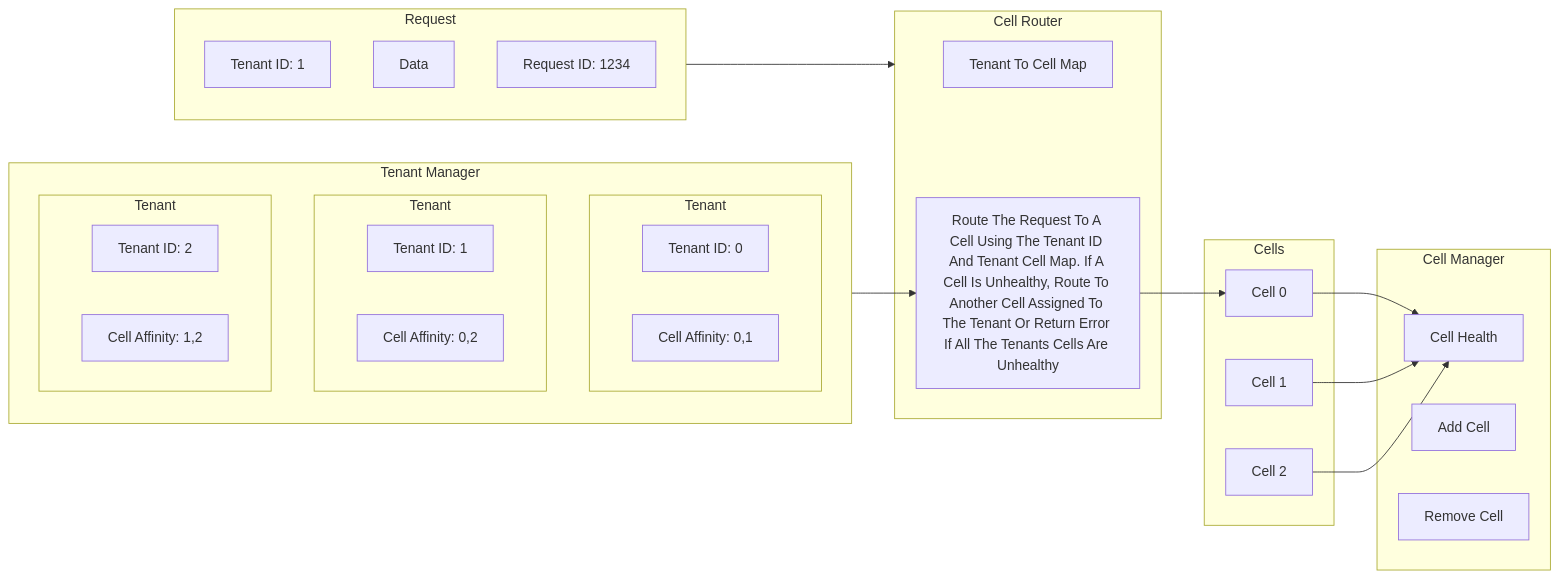
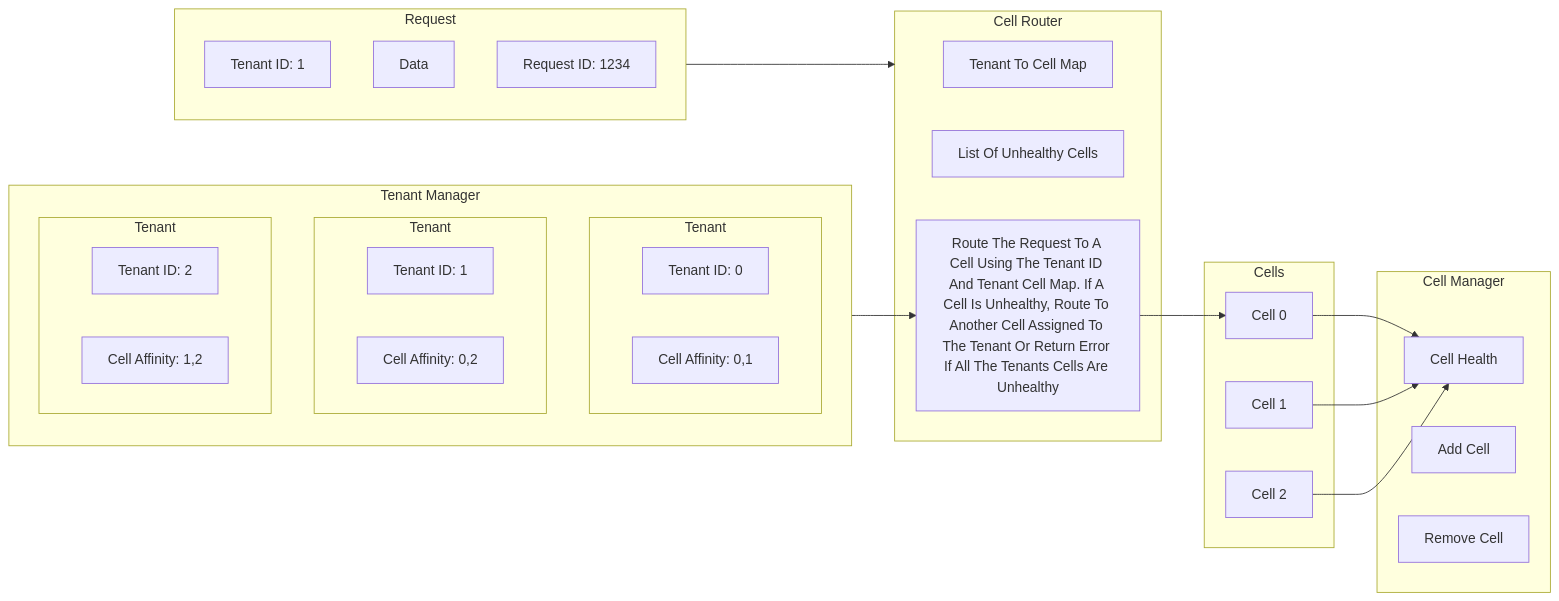
The diagram in README.md (FoodyFood/virtual-cell-based-architecture), drawn with Mermaid before and after one commit.

Commit message:
doc: add unhealthy cell list to router

````diff
--- a/README.md
+++ b/README.md
@@ -35,50 +35,51 @@
 ```mermaid
 graph LR;
     subgraph Cells;
         Cell0[Cell 0]
         Cell1[Cell 1]
         Cell2[Cell 2]
     end
     subgraph CellManager[Cell Manager]
         CellHealth[Cell Health]
 
         Cell0 --> CellHealth
         Cell1 --> CellHealth
         Cell2 --> CellHealth
         
         AddCell[Add Cell]
         RemoveCell[Remove Cell]
     end
 
 
     subgraph TenantManager[Tenant Manager]
         subgraph Tenant0[Tenant]
             TenantId0[Tenant ID: 0]
             CellAffinity0[Cell Affinity: 0,1]
         end
         subgraph Tenant1[Tenant]
             TenantId1[Tenant ID: 1]
             CellAffinity1[Cell Affinity: 0,2]
         end
         subgraph Tenant2[Tenant]
             TenantId2[Tenant ID: 2]
             CellAffinity2[Cell Affinity: 1,2]
         end
     end
 
 
     subgraph Request[Request]
         TenantId[Tenant ID: 1]
         Data
         RequestId[Request ID: 1234]
     end
 
     subgraph CellRouter[Cell Router]
         TenantToCellMap[Tenant To Cell Map]
+        ListOFUnhealthyCells[List Of Unhealthy Cells]
         RouteRequestByTenant[Route The Request To A Cell Using The Tenant ID And Tenant Cell Map. If A Cell Is Unhealthy, Route To Another Cell Assigned To The Tenant Or Return Error If All The Tenants Cells Are Unhealthy]
     end
 
     Request --> CellRouter
     TenantManager --> RouteRequestByTenant
     RouteRequestByTenant --> Cell0
 ```
````
